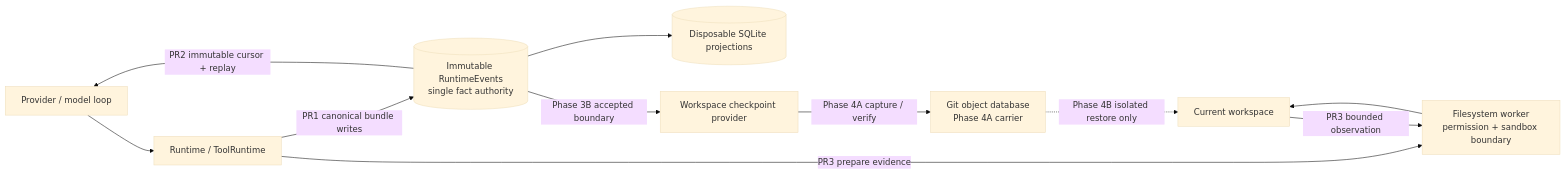
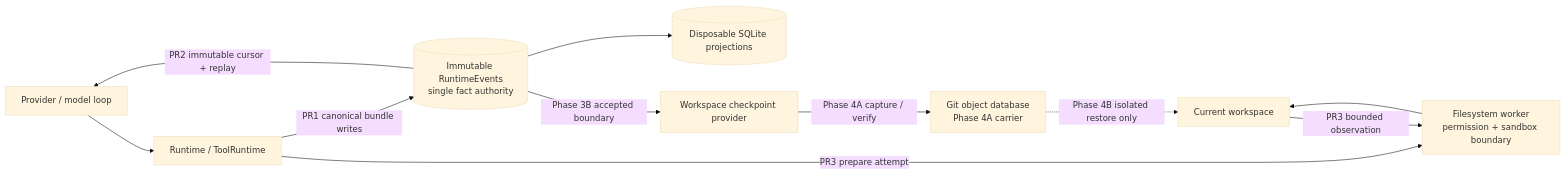
The first of 5 diagrams in docs/architecture/runtime-resume-phase3-phase4-workspace-checkpoint-design.zh-CN.md (zhiiw/maka-agent), drawn with Mermaid (base theme) before and after one commit. The commit also changed other lines of this file and 1 other file, not shown here.

Commit message:
docs(runtime): harden phase 3 recovery roadmap

````diff
--- a/docs/architecture/runtime-resume-phase3-phase4-workspace-checkpoint-design.zh-CN.md
+++ b/docs/architecture/runtime-resume-phase3-phase4-workspace-checkpoint-design.zh-CN.md
@@ -30,22 +70,22 @@
 ```mermaid
 flowchart LR
     Provider["Provider / model loop"]
     Runtime["Runtime / ToolRuntime"]
     Events[("Immutable RuntimeEvents\nsingle fact authority")]
     Projection[("Disposable SQLite projections")]
     Worker["Filesystem worker\npermission + sandbox boundary"]
     Workspace["Current workspace"]
     Snapshot["Workspace checkpoint provider"]
     Git["Git object database\nPhase 4A carrier"]
 
     Provider --> Runtime
     Runtime -->|"PR1 canonical bundle writes"| Events
     Events --> Projection
     Events -->|"PR2 immutable cursor + replay"| Provider
-    Runtime -->|"PR3 prepare evidence"| Worker
+    Runtime -->|"PR3 prepare attempt"| Worker
     Worker --> Workspace
     Workspace -->|"PR3 bounded observation"| Worker
     Events -->|"Phase 3B accepted boundary"| Snapshot
     Snapshot -->|"Phase 4A capture / verify"| Git
     Git -.->|"Phase 4B isolated restore only"| Workspace
 ```
````
